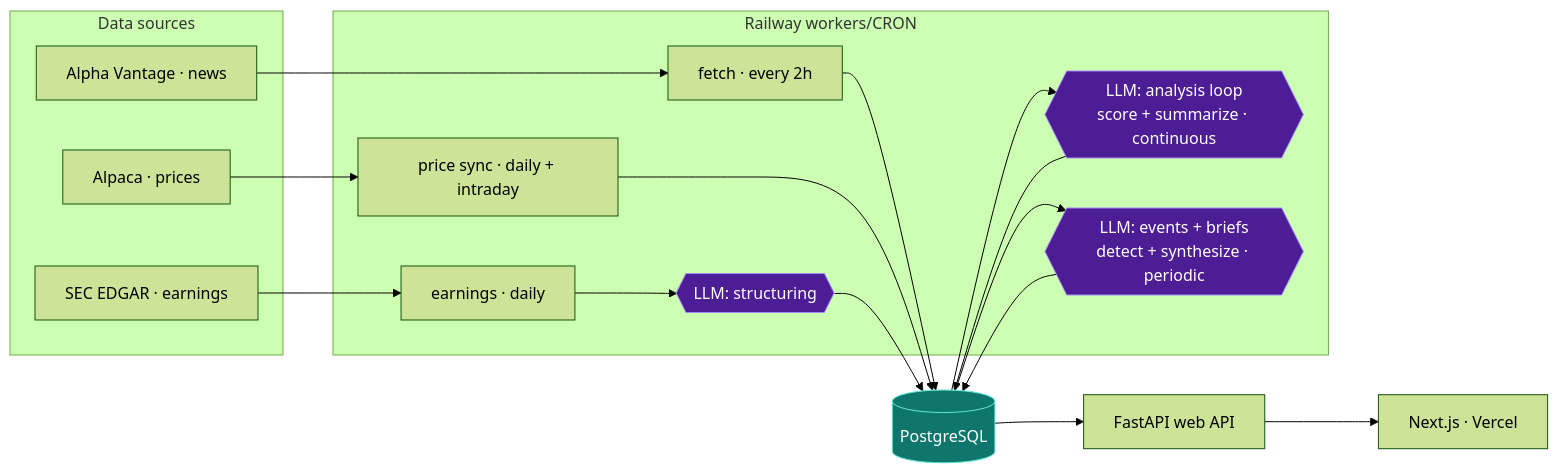
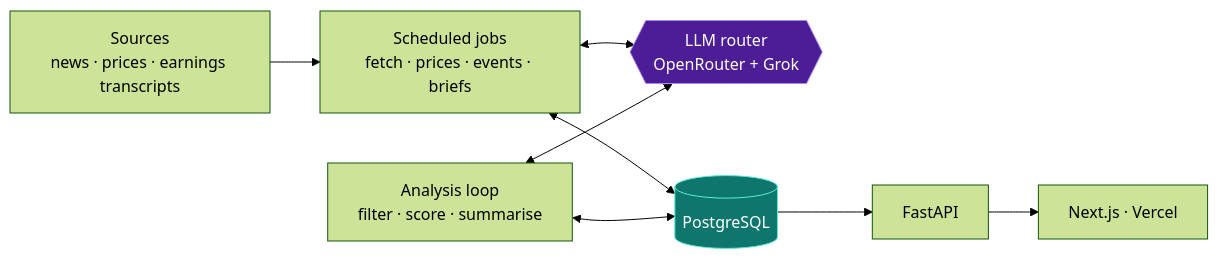
Before and after one commit to sthoresen/neuralwire: the first of 2 diagrams in README.md, drawn with Mermaid (forest theme). The commit also changed other lines of this file, not shown here.

````diff
--- a/README.md
+++ b/README.md
@@ -29,35 +31,20 @@
 ```mermaid
 flowchart LR
-  subgraph sources["Data sources"]
-    AV["Alpha Vantage · news"]
-    ALP["Alpaca · prices"]
-    SEC["SEC EDGAR · earnings"]
-  end
+  SRC["Sources<br/>news · prices · earnings transcripts"]
+  JOBS["Scheduled jobs<br/>fetch · prices · events · briefs"]
+  LOOP["Analysis loop<br/>filter · score · summarise"]
+  LLM{{"LLM router<br/>OpenRouter + Grok"}}
+  DB[("PostgreSQL")]
+  API["FastAPI"]
+  WEB["Next.js · Vercel"]
 
-  subgraph workers["Railway workers/CRON"]
-    FETCH["fetch · every 2h"]
-    SYNC["price sync · daily + intraday"]
-    EARN["earnings · daily"]
-    ANALYZE{{"LLM: analysis loop<br/>score + summarize · continuous"}}
-    EVENTS{{"LLM: events + briefs<br/>detect + synthesize · periodic"}}
-    EARNLLM{{"LLM: structuring"}}
-  end
-
-  AV --> FETCH
-  ALP --> SYNC
-  SEC --> EARN
-
-  FETCH --> DB[("PostgreSQL")]
-  SYNC --> DB
-  EARN --> EARNLLM --> DB
-  DB --> ANALYZE --> DB
-  DB --> EVENTS --> DB
-
-  DB --> API["FastAPI web API"]
-  API --> WEB["Next.js · Vercel"]
+  SRC --> JOBS
+  JOBS & LOOP <--> DB
+  JOBS & LOOP <--> LLM
+  DB --> API --> WEB
 
   classDef llm fill:#4c1d95,stroke:#a78bfa,stroke-width:1px,color:#ffffff;
   classDef store fill:#0f766e,stroke:#5eead4,color:#ffffff;
-  class ANALYZE,EVENTS,EARNLLM llm;
+  class LLM llm;
   class DB store;
 ```
````
